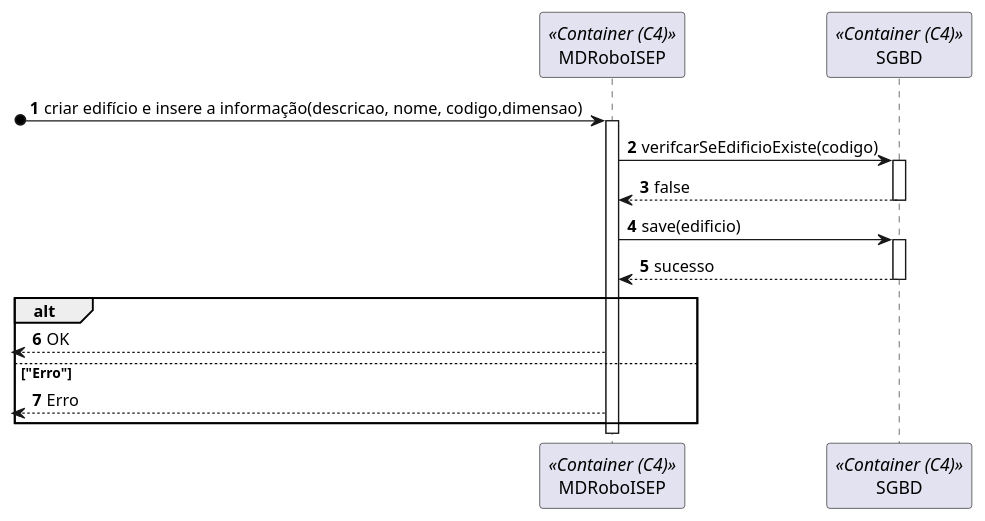
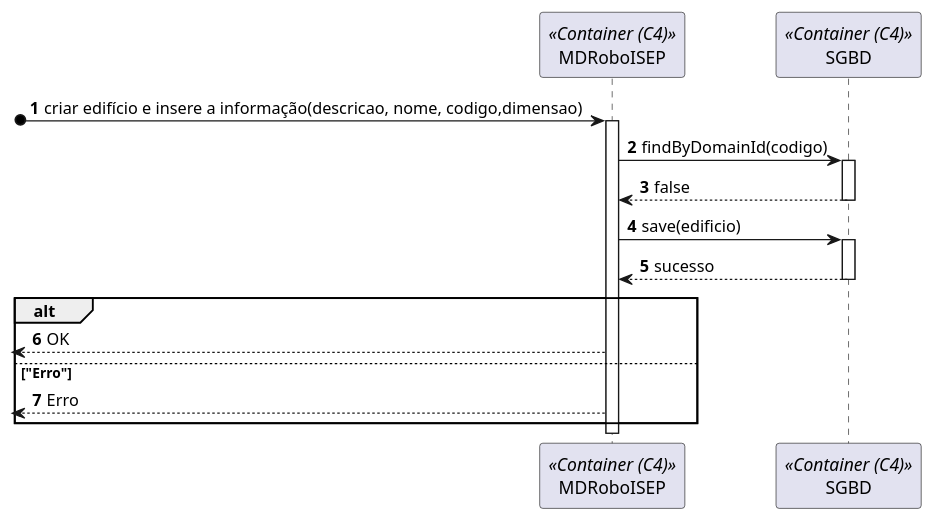
The diagram in docs/Sprint_A/US_150/N2/VP.plantuml (SEM5PI2324G58/sem5pi_g58_23_24), drawn with PlantUML before and after one commit. The commit also changed 3 other files, not shown here.

```diff
--- a/docs/Sprint_A/US_150/N2/VP.plantuml
+++ b/docs/Sprint_A/US_150/N2/VP.plantuml
@@ -1,18 +1,18 @@
 autonumber
 
 participant MDRoboISEP as md <<Container (C4)>>
 participant SGBD as sgbd <<Container (C4)>>
 
 [o-> md: criar edifício e insere a informação(descricao, nome, codigo,dimensao)
 activate md
-md -> sgbd: verifcarSeEdificioExiste(codigo)
+md -> sgbd: findByDomainId(codigo)
 activate sgbd
 return false
 md -> sgbd: save(edificio)
 activate sgbd
 return sucesso
 alt
 <-- md: OK
 else "Erro"
 <-- md: Erro
 end alt
```
